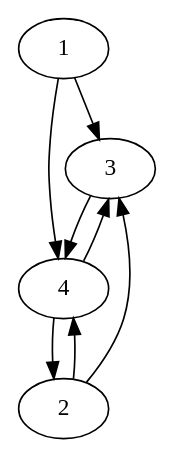
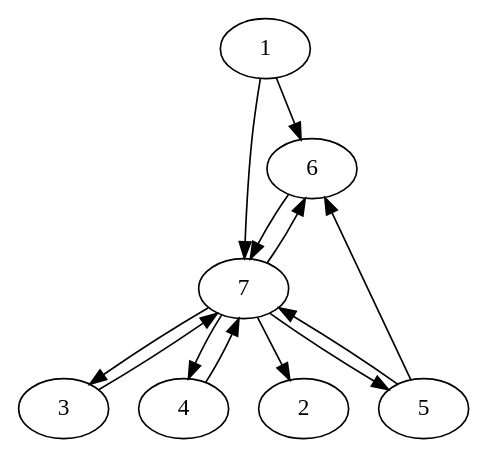
Before and after one commit to lifelike/gamebookformat: the diagram in expected/counters.dot, drawn with Graphviz. The commit also changed 23 other files, not shown here.

```diff
--- a/expected/counters.dot
+++ b/expected/counters.dot
@@ -1,13 +1,21 @@
 digraph gamebook {
 
- 1->3
+ 1->6
 
-1->4
-2->4
+1->7
+3->7
+4->7
+5->7
 
-2->3
-3->4
-4->2
+5->6
+6->7
+7->5
 
-4->3
+7->6
+
+7->3
+
+7->4
+
+7->2
 }
```
